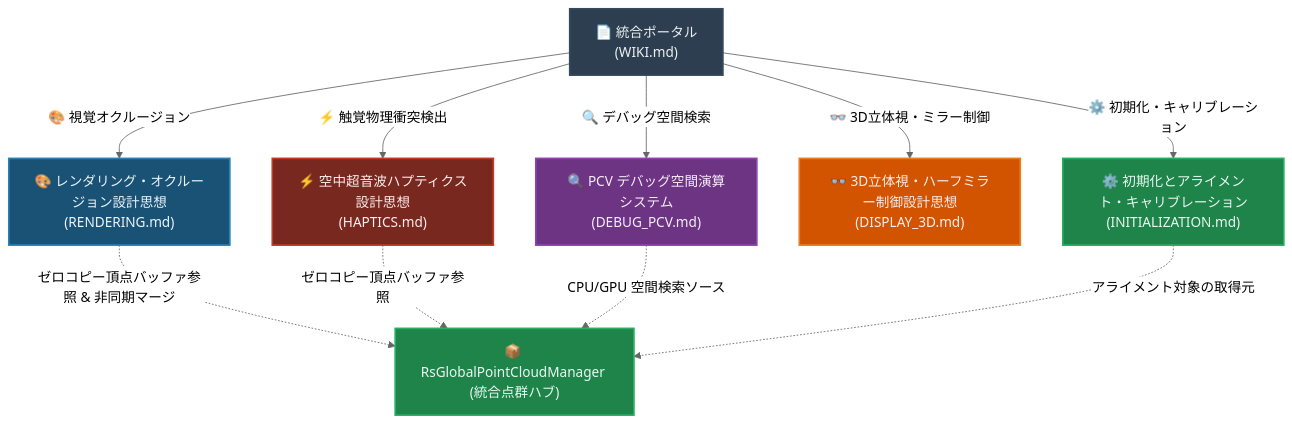
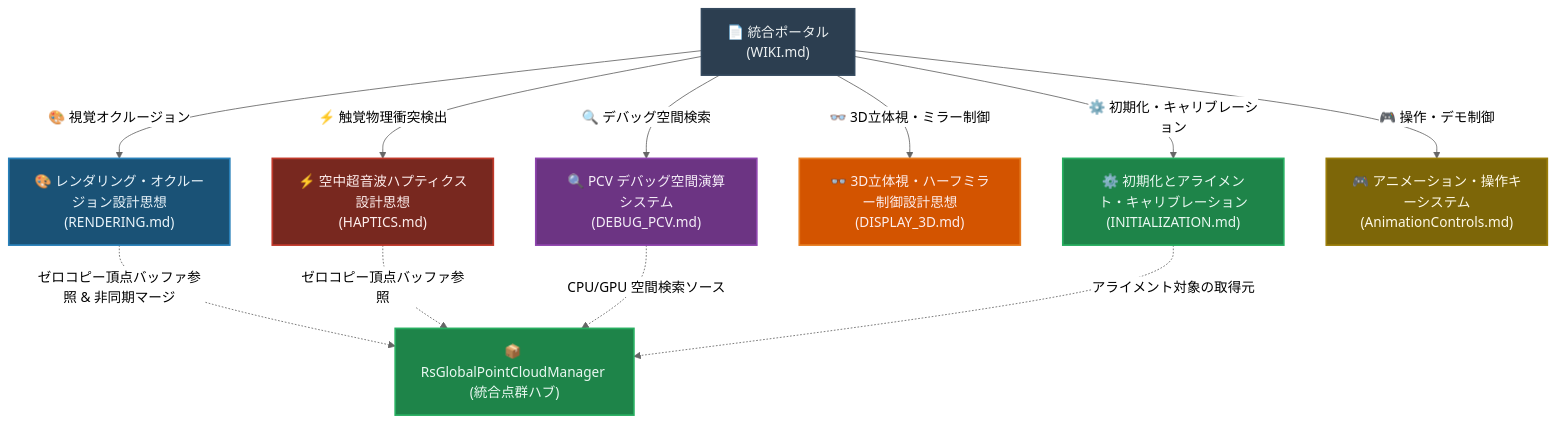
One commit to kotetsuOU/HandTrakingDemo changed the diagram in WIKI.md. Above: the diagram before and after it, drawn with Mermaid (neutral theme). The commit also changed other lines of this file and 311 other files, not shown here.

````diff
--- a/WIKI.md
+++ b/WIKI.md
@@ -13,27 +13,29 @@
 ```mermaid
 graph TD
     %% スタイル定義
     classDef main fill:#2C3E50,stroke:#34495E,stroke-width:2px,color:#ECF0F1;
     classDef render fill:#1A5276,stroke:#2980B9,stroke-width:2px,color:#EBF5FB;
     classDef haptic fill:#78281F,stroke:#C0392B,stroke-width:2px,color:#FDEDEC;
     classDef debug fill:#6C3483,stroke:#8E44AD,stroke-width:2px,color:#F5EEF8;
     classDef common fill:#1E8449,stroke:#27AE60,stroke-width:2px,color:#EAF8F2;
     classDef display fill:#D35400,stroke:#E67E22,stroke-width:2px,color:#FDEDEC;
+    classDef control fill:#7D6608,stroke:#9A7D0A,stroke-width:2px,color:#FEF9E7;
 
     %% ノード定義
     WIKI["📄 統合ポータル<br/>(WIKI.md)"]:::main
     
     %% サブシステム分離
     WIKI -->|"🎨 視覚オクルージョン"| RenderNode["🎨 レンダリング・オクルージョン設計思想<br/>(RENDERING.md)"]:::render
     WIKI -->|"⚡ 触覚物理衝突検出"| HapticsNode["⚡ 空中超音波ハプティクス設計思想<br/>(HAPTICS.md)"]:::haptic
     WIKI -->|"🔍 デバッグ空間検索"| DebugNode["🔍 PCV デバッグ空間演算システム<br/>(DEBUG_PCV.md)"]:::debug
     WIKI -->|"👓 3D立体視・ミラー制御"| DisplayNode["👓 3D立体視・ハーフミラー制御設計思想<br/>(DISPLAY_3D.md)"]:::display
     WIKI -->|"⚙️ 初期化・キャリブレーション"| InitNode["⚙️ 初期化とアライメント・キャリブレーション<br/>(INITIALIZATION.md)"]:::common
+    WIKI -->|"🎮 操作・デモ制御"| ControlNode["🎮 アニメーション・操作キーシステム<br/>(AnimationControls.md)"]:::control
 
     %% 共通データハブ
     GlobalManager["📦 RsGlobalPointCloudManager (統合点群ハブ)"]:::common
     RenderNode -.->|ゼロコピー頂点バッファ参照 & 非同期マージ| GlobalManager
     HapticsNode -.->|ゼロコピー頂点バッファ参照| GlobalManager
     DebugNode -.->|CPU/GPU 空間検索ソース| GlobalManager
     InitNode -.->|アライメント対象の取得元| GlobalManager
 ```
````
